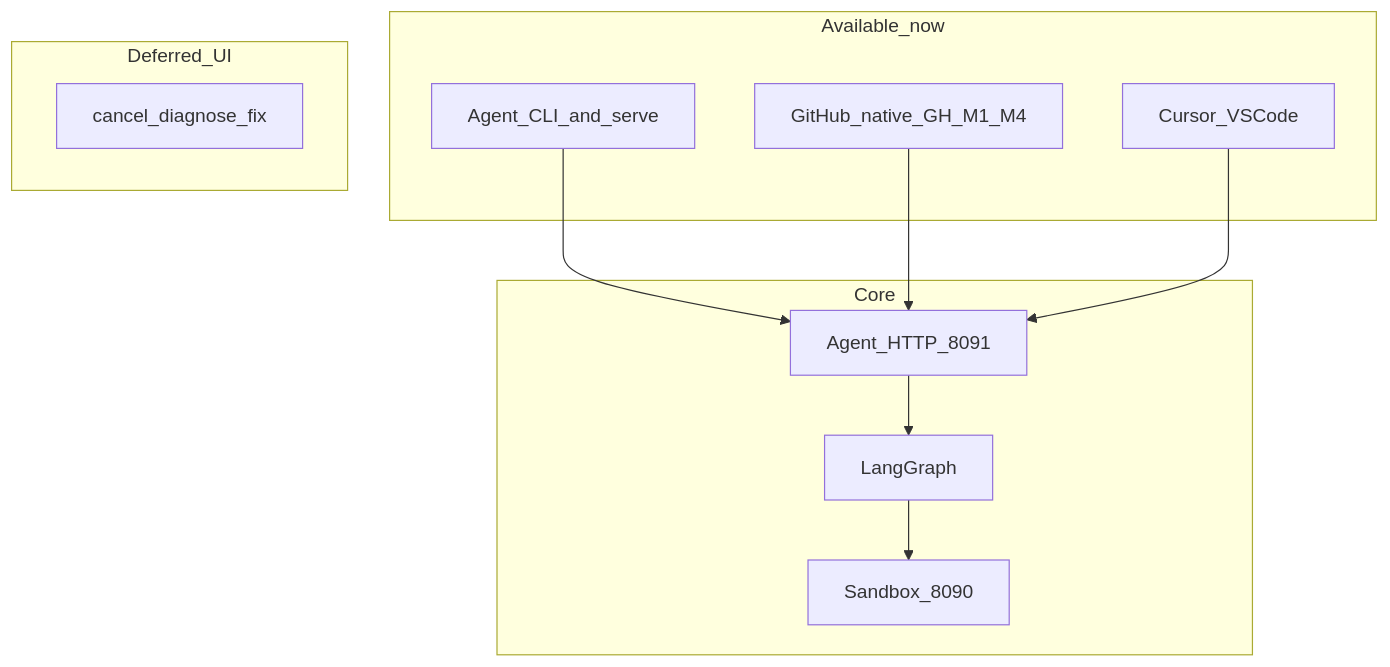
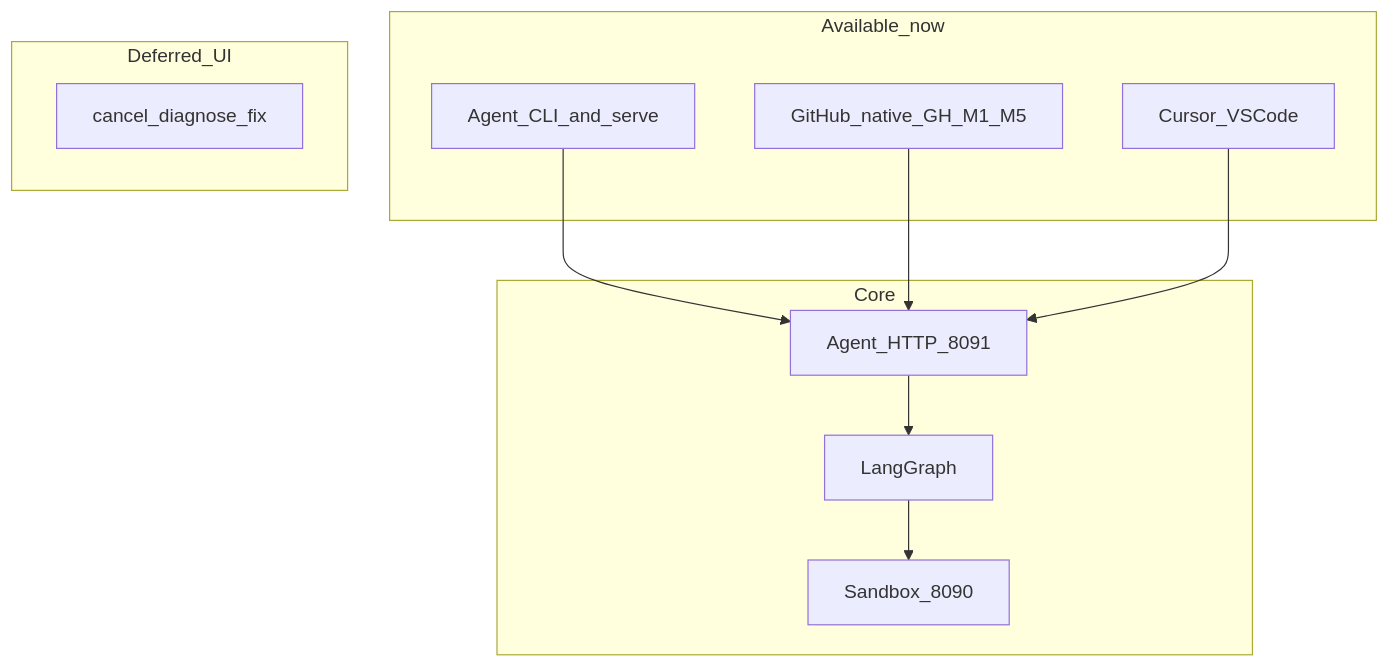
The diagram in interface/README.md (AWaleed-Ahmed/Raphael), drawn with Mermaid before and after one commit. The commit also changed other lines of this file and 10 other files, not shown here.

First line of the commit message:
docs: close GitHub-native GH-M5 pilot docs

````diff
--- a/interface/README.md
+++ b/interface/README.md
@@ -161,21 +161,21 @@
 ```mermaid
 flowchart TB
   subgraph now [Available_now]
     CLI[Agent_CLI_and_serve]
-    GH[GitHub_native_GH_M1_M4]
+    GH[GitHub_native_GH_M1_M5]
     IDE[Cursor_VSCode]
   end
   subgraph later [Deferred_UI]
     GH2[cancel_diagnose_fix]
   end
   subgraph core [Core]
     API[Agent_HTTP_8091]
     AG[LangGraph]
     SB[Sandbox_8090]
   end
   CLI --> API
   GH --> API
   IDE --> API
   API --> AG
   AG --> SB
 ```
````
